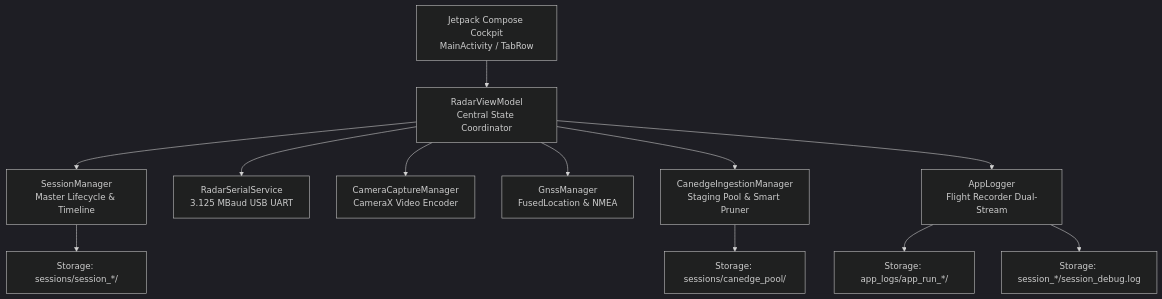
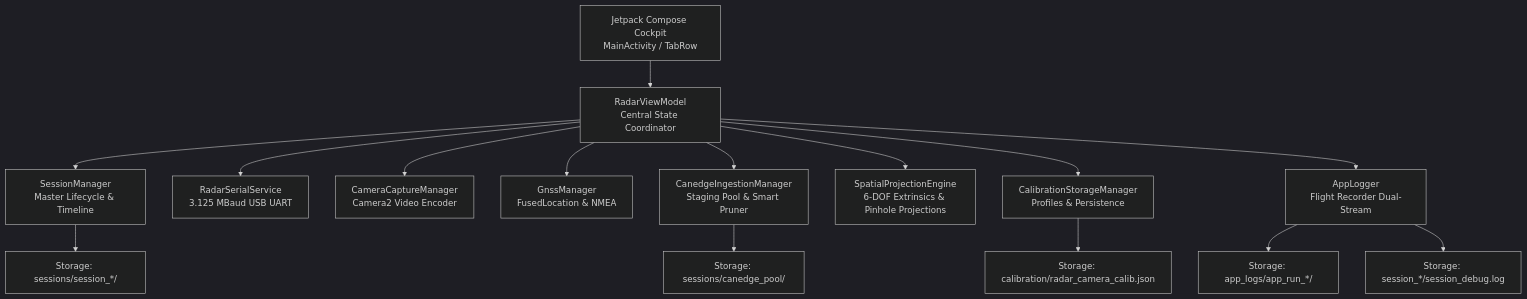
The diagram in context/01_ARCHITECTURE_AND_STORAGE.md (kadurushil/RoadSense_logger), drawn with Mermaid (dark theme) before and after one commit. The commit also changed other lines of this file and 4 other files, not shown here.

Commit message:
docs(context): align system architecture and runbook with spatial calibration, fusion overlays, and fullscreen viewfinder

````diff
--- a/context/01_ARCHITECTURE_AND_STORAGE.md
+++ b/context/01_ARCHITECTURE_AND_STORAGE.md
@@ -13,16 +13,19 @@
 ```mermaid
 graph TD
     UI[Jetpack Compose Cockpit<br>MainActivity / TabRow] --> VM[RadarViewModel<br>Central State Coordinator]
     
     VM --> SM[SessionManager<br>Master Lifecycle & Timeline]
     VM --> RSS[RadarSerialService<br>3.125 MBaud USB UART]
-    VM --> CM[CameraCaptureManager<br>CameraX Video Encoder]
+    VM --> CM[CameraCaptureManager<br>Camera2 Video Encoder]
     VM --> GM[GnssManager<br>FusedLocation & NMEA]
     VM --> CIM[CanedgeIngestionManager<br>Staging Pool & Smart Pruner]
+    VM --> SPE[SpatialProjectionEngine<br>6-DOF Extrinsics & Pinhole Projections]
+    VM --> CSM[CalibrationStorageManager<br>Profiles & Persistence]
     VM --> AL[AppLogger<br>Flight Recorder Dual-Stream]
 
     SM --> DiskSessions[Storage: sessions/session_*/]
     CIM --> DiskPool[Storage: sessions/canedge_pool/]
+    CSM --> DiskCalib[Storage: calibration/radar_camera_calib.json]
     AL --> DiskAppLogs[Storage: app_logs/app_run_*/]
     AL --> DiskSessionDebug[Storage: session_*/session_debug.log]
 ```
````
